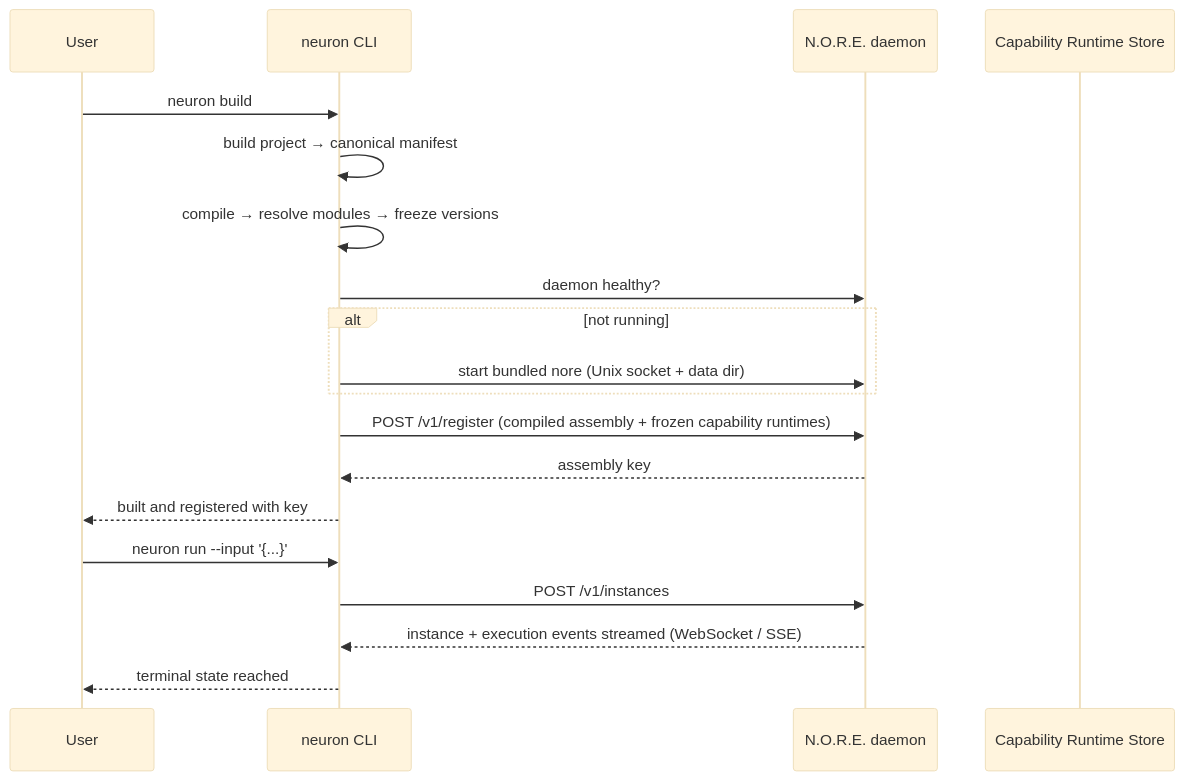
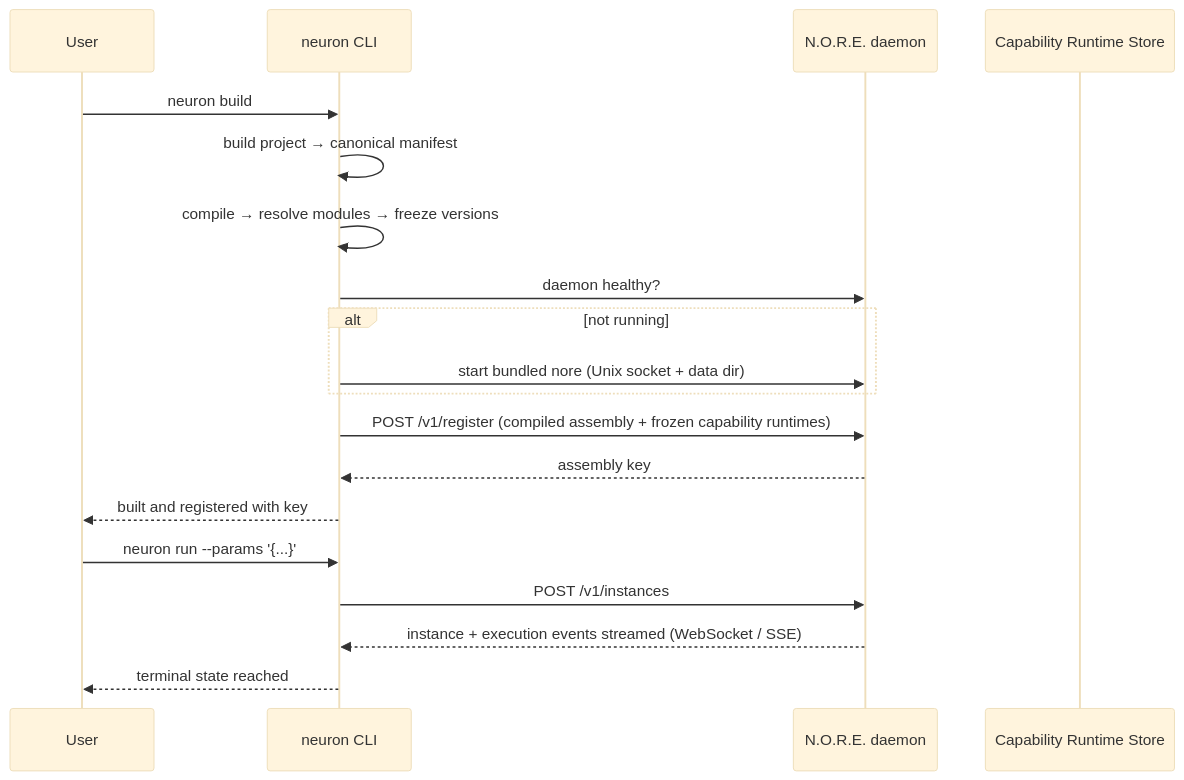
Before and after one commit to neuron-runtime/neuron: the first of 2 diagrams in application/README.md, drawn with Mermaid (base theme). The commit also changed other lines of this file and 15 other files, not shown here.

````diff
--- a/application/README.md
+++ b/application/README.md
@@ -10,23 +10,23 @@
 ```mermaid
 sequenceDiagram
     participant U as User
     participant C as neuron CLI
     participant D as N.O.R.E. daemon
     participant S as Capability Runtime Store
 
     U->>C: neuron build
     C->>C: build project → canonical manifest
     C->>C: compile → resolve modules → freeze versions
     C->>D: daemon healthy?
     alt not running
         C->>D: start bundled nore (Unix socket + data dir)
     end
     C->>D: POST /v1/register (compiled assembly + frozen capability runtimes)
     D-->>C: assembly key
     C-->>U: built and registered with key
 
-    U->>C: neuron run --input '{...}'
+    U->>C: neuron run --params '{...}'
     C->>D: POST /v1/instances
     D-->>C: instance + execution events streamed (WebSocket / SSE)
     C-->>U: terminal state reached
 ```
````
